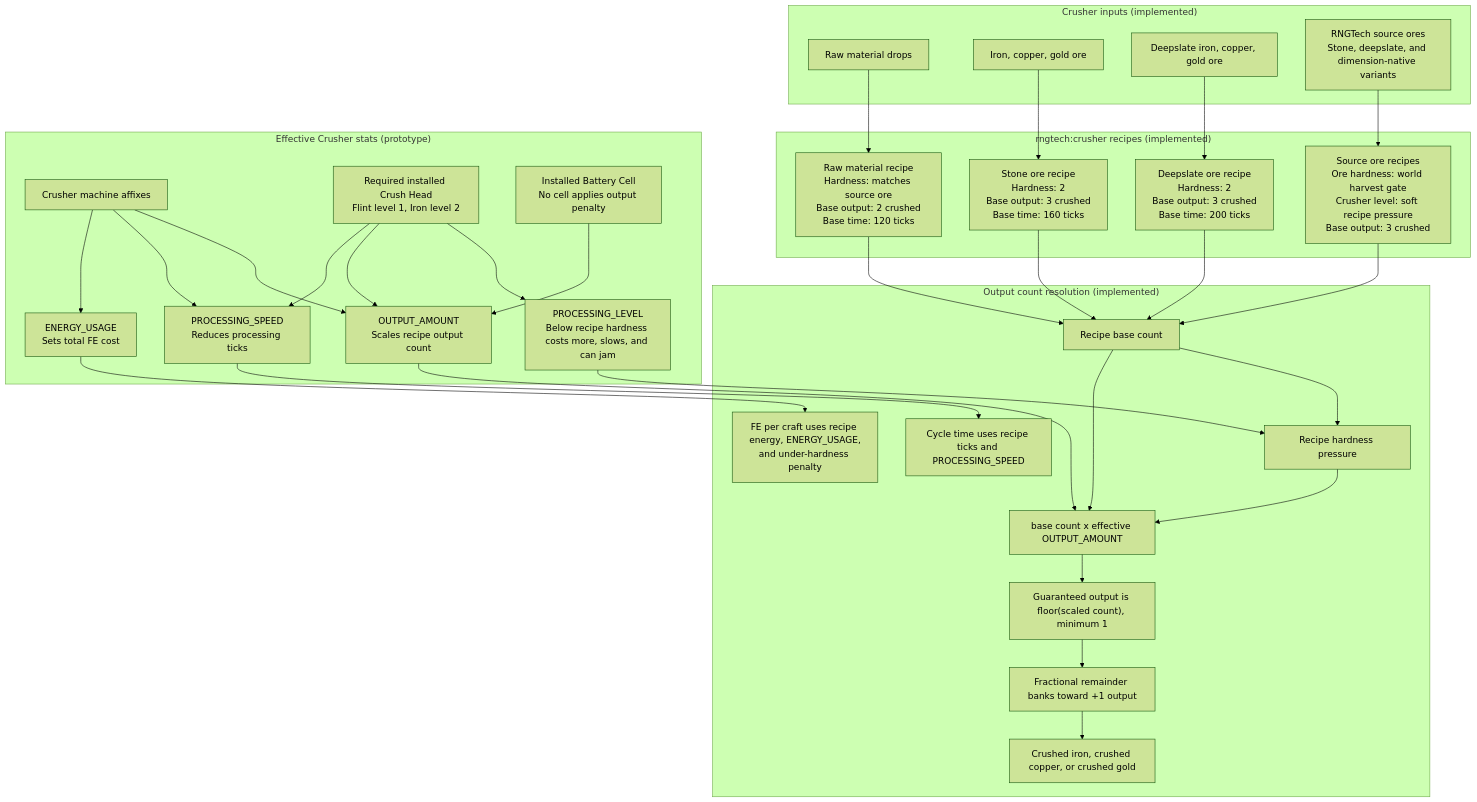
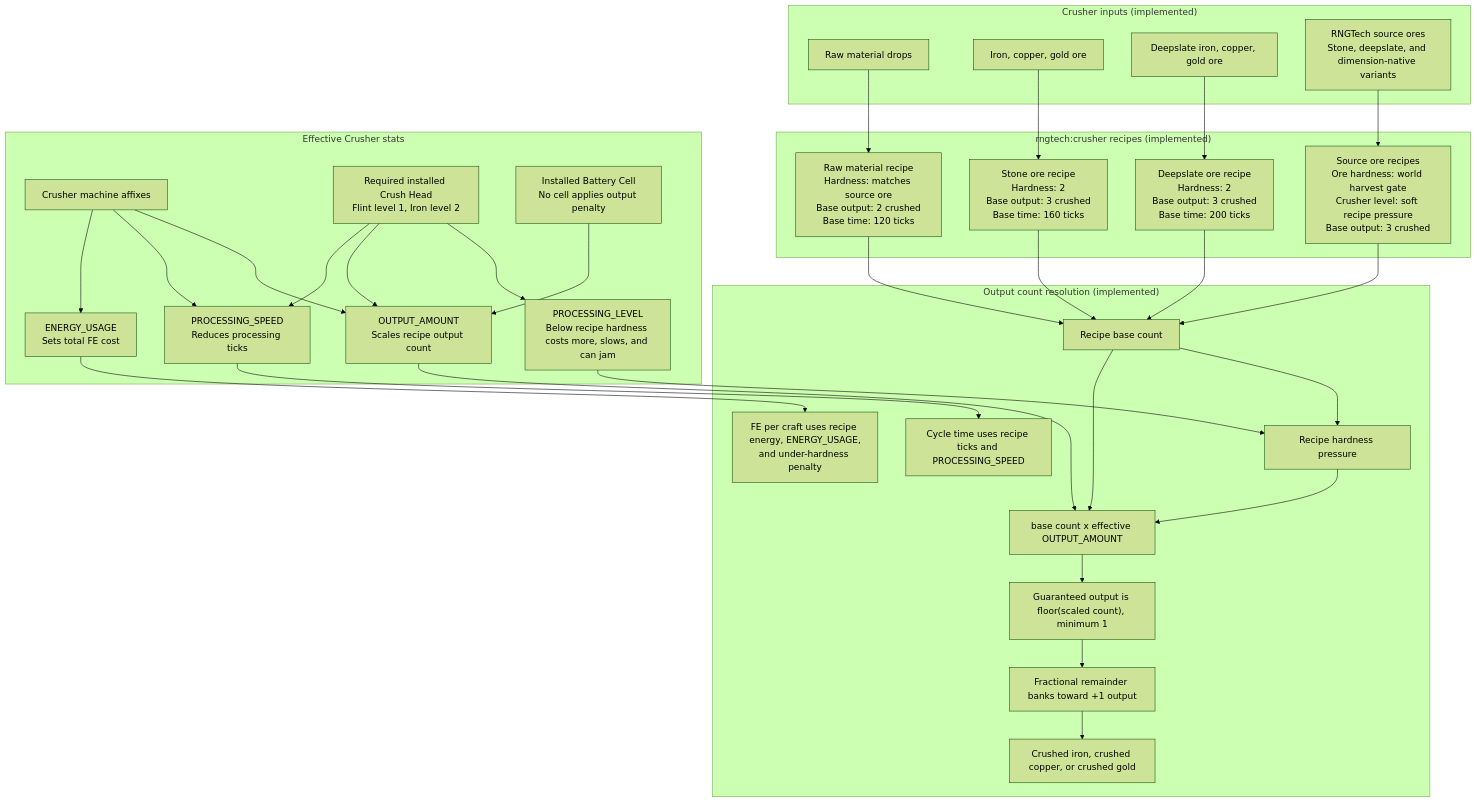
Before and after one commit to C-Pettersson/rngtech: the second of 2 diagrams in docs/systems/stage-progression-and-ore-duplication.md, drawn with Mermaid (forest theme). The commit also changed other lines of this file and 34 other files, not shown here.

````diff
--- a/docs/systems/stage-progression-and-ore-duplication.md
+++ b/docs/systems/stage-progression-and-ore-duplication.md
@@ -66,63 +66,63 @@
 ```mermaid
 flowchart TD
     subgraph inputs["Crusher inputs (implemented)"]
         Raw["Raw material drops"]
         Ore["Iron, copper, gold ore"]
         Deepslate["Deepslate iron, copper, gold ore"]
         RngtechOre["RNGTech source ores\nStone, deepslate, and dimension-native variants"]
     end
 
     subgraph recipes["rngtech:crusher recipes (implemented)"]
         RawRecipe["Raw material recipe\nHardness: matches source ore\nBase output: 2 crushed\nBase time: 120 ticks"]
         OreRecipe["Stone ore recipe\nHardness: 2\nBase output: 3 crushed\nBase time: 160 ticks"]
         DeepslateRecipe["Deepslate ore recipe\nHardness: 2\nBase output: 3 crushed\nBase time: 200 ticks"]
         RngtechRecipe["Source ore recipes\nOre hardness: world harvest gate\nCrusher level: soft recipe pressure\nBase output: 3 crushed"]
     end
 
-    subgraph stats["Effective Crusher stats (prototype)"]
+    subgraph stats["Effective Crusher stats"]
         MachineAffixes["Crusher machine affixes"]
         CrushHead["Required installed Crush Head\nFlint level 1, Iron level 2"]
         Hardness["PROCESSING_LEVEL\nBelow recipe hardness costs more, slows, and can jam"]
         BatteryCell["Installed Battery Cell\nNo cell applies output penalty"]
         OutputAmount["OUTPUT_AMOUNT\nScales recipe output count"]
         ProcessingSpeed["PROCESSING_SPEED\nReduces processing ticks"]
         EnergyUsage["ENERGY_USAGE\nSets total FE cost"]
     end
 
     subgraph output["Output count resolution (implemented)"]
         BaseCount["Recipe base count"]
         HardnessGate["Recipe hardness pressure"]
         CycleTime["Cycle time uses recipe ticks and PROCESSING_SPEED"]
         FeCost["FE per craft uses recipe energy, ENERGY_USAGE,\nand under-hardness penalty"]
         ScaledCount["base count x effective OUTPUT_AMOUNT"]
         Guaranteed["Guaranteed output is floor(scaled count), minimum 1"]
         Fractional["Fractional remainder banks toward +1 output"]
         Crushed["Crushed iron, crushed copper, or crushed gold"]
     end
 
     Raw --> RawRecipe
     Ore --> OreRecipe
     Deepslate --> DeepslateRecipe
     RngtechOre --> RngtechRecipe
 
     RawRecipe --> BaseCount
     OreRecipe --> BaseCount
     DeepslateRecipe --> BaseCount
     RngtechRecipe --> BaseCount
 
     MachineAffixes --> OutputAmount
     CrushHead --> Hardness
     CrushHead --> OutputAmount
     CrushHead --> ProcessingSpeed
     BatteryCell --> OutputAmount
     MachineAffixes --> ProcessingSpeed
     MachineAffixes --> EnergyUsage
 
     Hardness --> HardnessGate
     BaseCount --> HardnessGate
     HardnessGate --> ScaledCount
     OutputAmount --> ScaledCount
     BaseCount --> ScaledCount --> Guaranteed --> Fractional --> Crushed
     ProcessingSpeed --> CycleTime
     EnergyUsage --> FeCost
 ```
````
